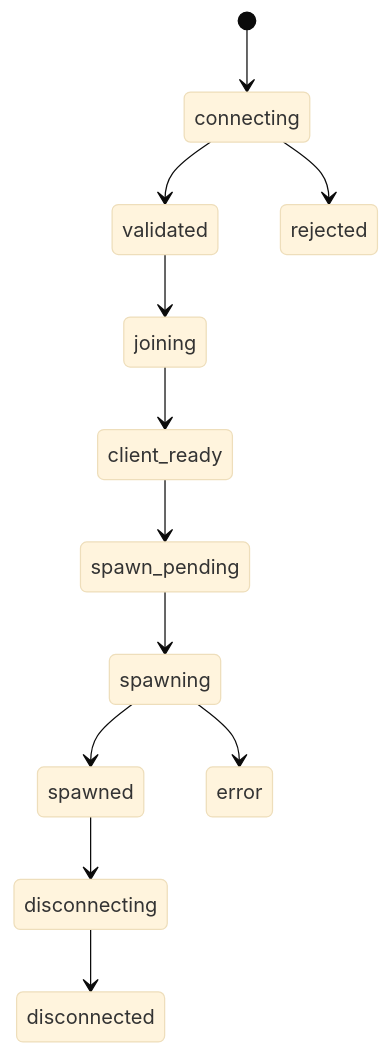
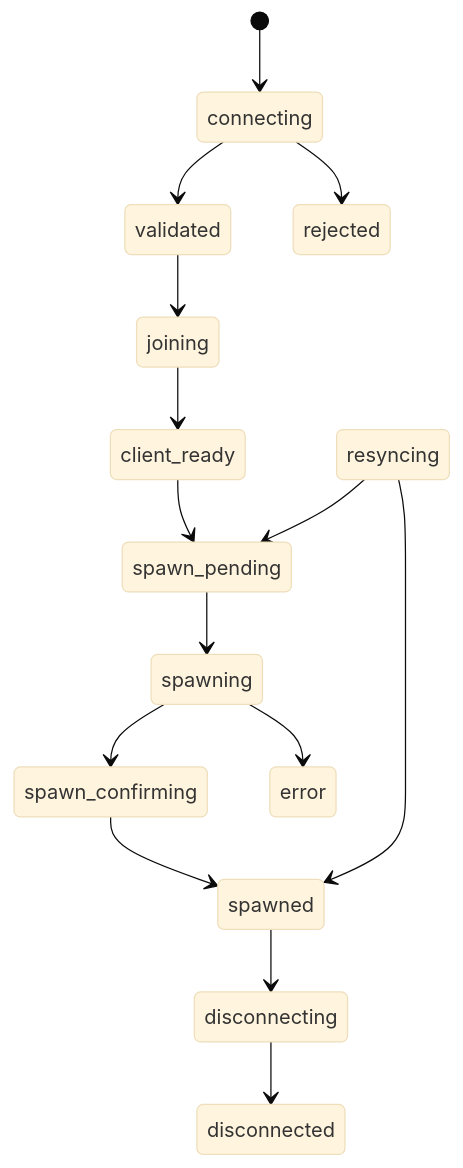
Before and after one commit to chel38/GCore: the diagram in docs/ru/06-player-states.md, drawn with Mermaid (base theme). The commit also changed other lines of this file and 64 other files, not shown here.

````diff
--- a/docs/ru/06-player-states.md
+++ b/docs/ru/06-player-states.md
@@ -66,14 +111,17 @@
 ```mermaid
 stateDiagram-v2
     [*] --> connecting
     connecting --> validated
     validated --> joining
     joining --> client_ready
     client_ready --> spawn_pending
     spawn_pending --> spawning
-    spawning --> spawned
+    spawning --> spawn_confirming
+    spawn_confirming --> spawned
     spawned --> disconnecting
     disconnecting --> disconnected
+    resyncing --> spawned
+    resyncing --> spawn_pending
     connecting --> rejected
     spawning --> error
 ```
````
